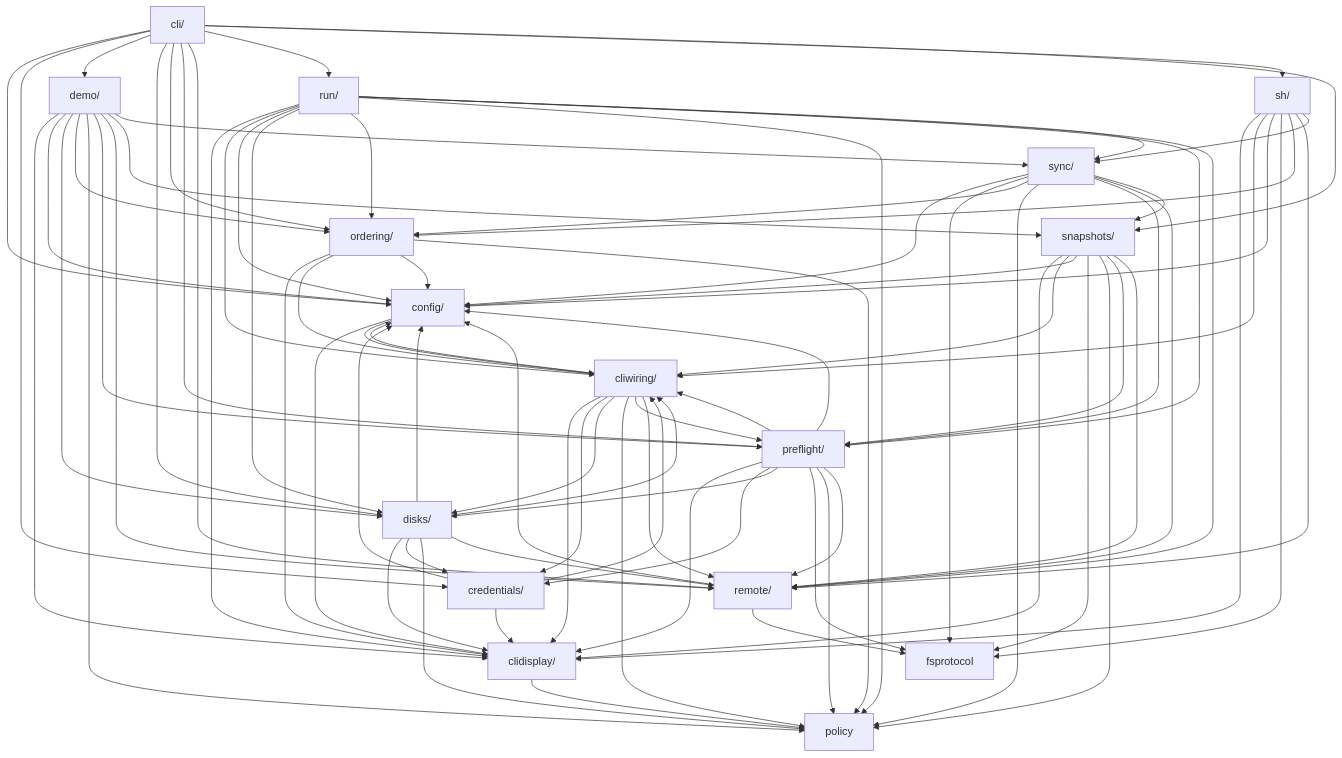
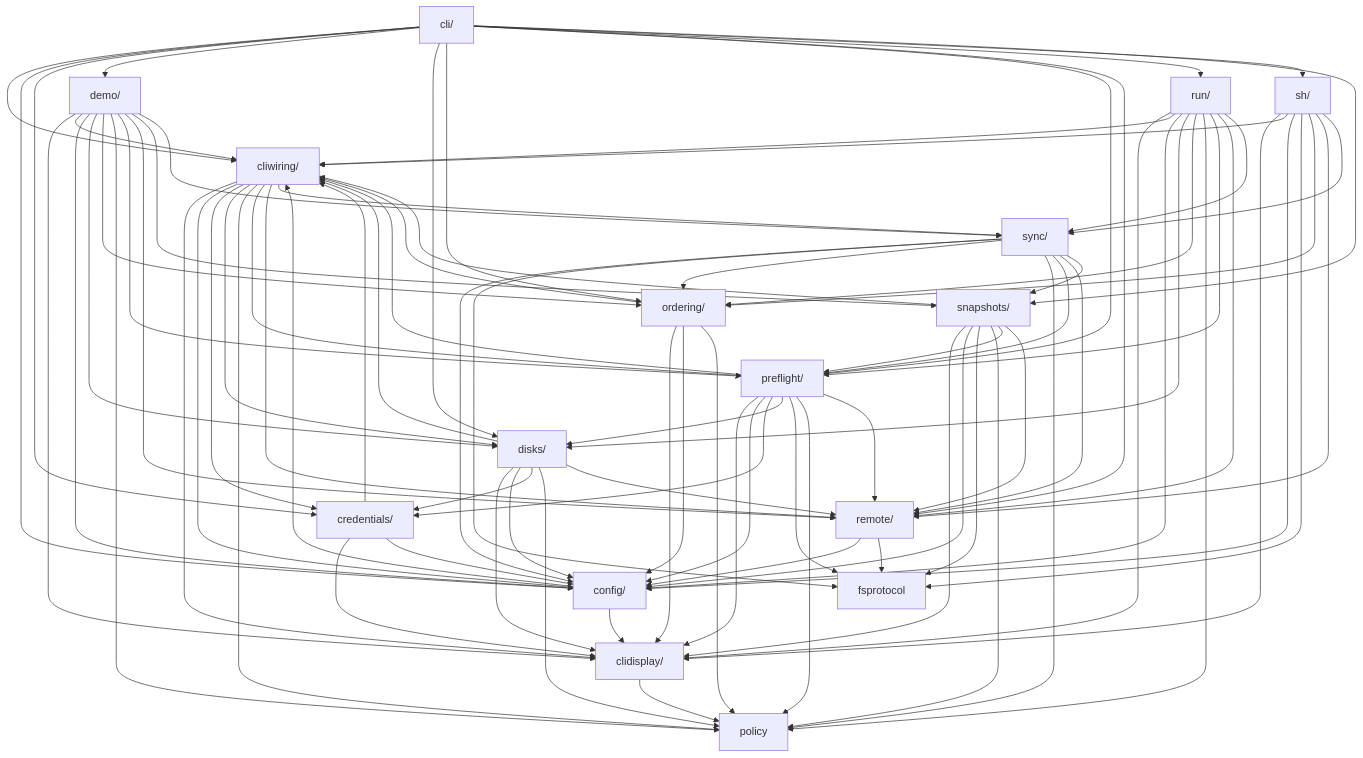
One commit to iglootools/nbkp changed the diagram in docs/architecture.md. Above: the diagram before and after it, drawn with Mermaid. The commit also changed other lines of this file and 23 other files, not shown here.

```diff
--- a/docs/architecture.md
+++ b/docs/architecture.md
@@ -56,6 +56,7 @@
     snapshots["snapshots/"]
     sync["sync/"]
 
+    cli --> cliwiring
     cli --> config
     cli --> credentials
     cli --> demo
@@ -74,12 +75,14 @@
     cliwiring --> policy
     cliwiring --> preflight
     cliwiring --> remote
+    cliwiring --> sync
     config --> clidisplay
     config --> cliwiring
     credentials --> clidisplay
     credentials --> cliwiring
     credentials --> config
     demo --> clidisplay
+    demo --> cliwiring
     demo --> config
     demo --> disks
     demo --> ordering
```
